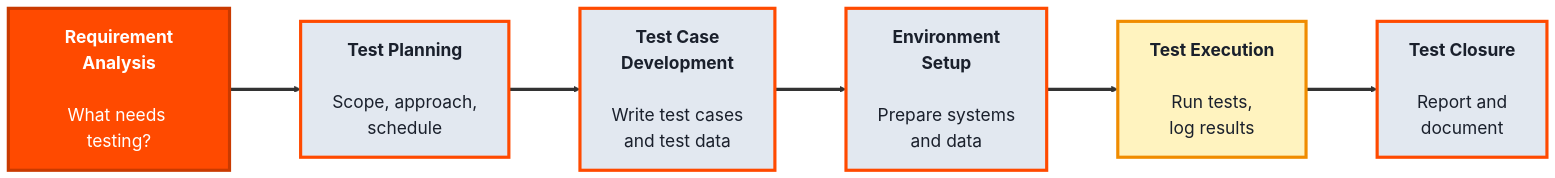
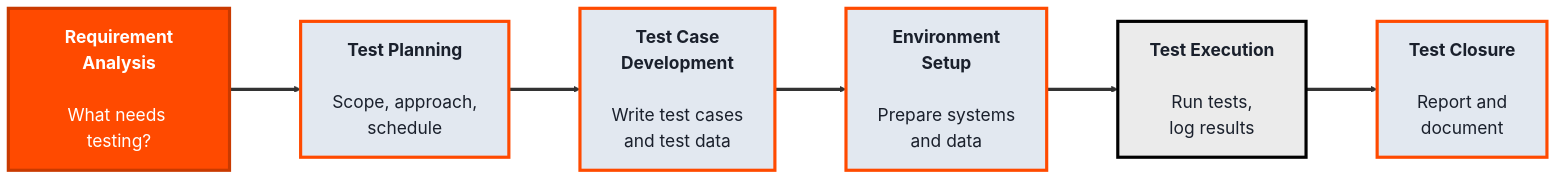
Before and after one commit to SHEMODELTECH/shemodeltech: the second of 3 diagrams in src/Pages/courses/TechQA/module-1-qa-fundamentals.md, drawn with Mermaid. The commit also changed other lines of this file and 46 other files, not shown here.

````diff
--- a/src/Pages/courses/TechQA/module-1-qa-fundamentals.md
+++ b/src/Pages/courses/TechQA/module-1-qa-fundamentals.md
@@ -100,20 +100,20 @@
 ```mermaid
 %%{init: {'theme':'base', 'themeVariables': {'fontSize':'22px', 'primaryTextColor':'#1a202c', 'primaryBorderColor':'#c93a00', 'lineColor':'#333333'}, 'flowchart': {'nodeSpacing': 70, 'rankSpacing': 90, 'padding': 20}}}%%
 flowchart LR
     RA["<b>Requirement<br/>Analysis</b><br/><br/>What needs testing?"]
     TP["<b>Test Planning</b><br/><br/>Scope, approach,<br/>schedule"]
     TCD["<b>Test Case<br/>Development</b><br/><br/>Write test cases<br/>and test data"]
     ES["<b>Environment<br/>Setup</b><br/><br/>Prepare systems<br/>and data"]
     TE["<b>Test Execution</b><br/><br/>Run tests,<br/>log results"]
     TC["<b>Test Closure</b><br/><br/>Report and<br/>document"]
 
     RA ==> TP ==> TCD ==> ES ==> TE ==> TC
 
     style RA fill:#ff4a00,color:#fff,stroke:#c93a00,stroke-width:4px
     style TP fill:#e2e8f0,color:#1a202c,stroke:#ff4a00,stroke-width:4px
     style TCD fill:#e2e8f0,color:#1a202c,stroke:#ff4a00,stroke-width:4px
     style ES fill:#e2e8f0,color:#1a202c,stroke:#ff4a00,stroke-width:4px
-    style TE fill:#fff3bf,color:#1a202c,stroke:#f08c00,stroke-width:4px
+    style TE fill:#EBEBEB,color:#1a202c,stroke:#000000,stroke-width:4px
     style TC fill:#e2e8f0,color:#1a202c,stroke:#ff4a00,stroke-width:4px
     linkStyle default stroke-width:4px,stroke:#333333
 ```
````
